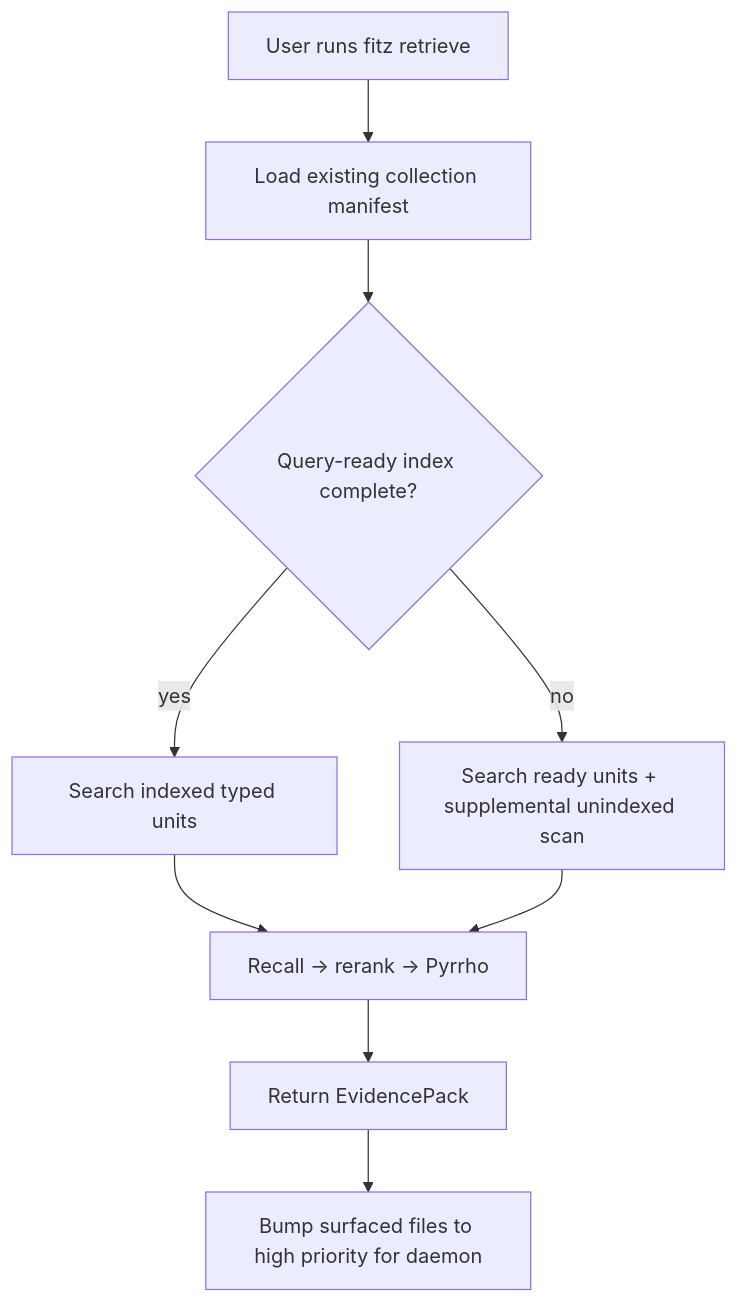
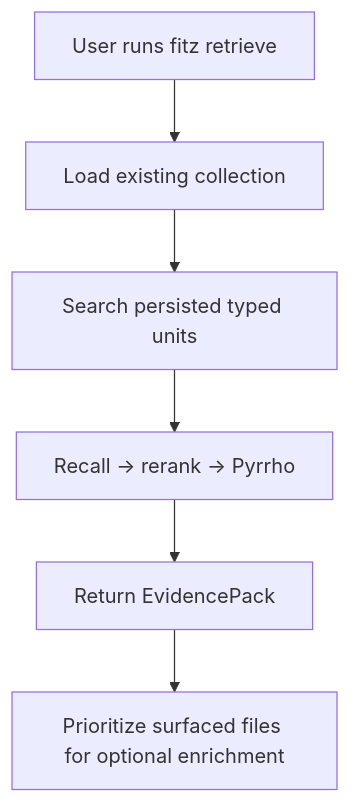
One commit to yafitzdev/fitz changed the second of 2 diagrams in docs/QUERY_UX.md. Above: the diagram before and after it, drawn with Mermaid. The commit also changed other lines of this file and 23 other files, not shown here.

````diff
--- a/docs/QUERY_UX.md
+++ b/docs/QUERY_UX.md
@@ -37,11 +33,8 @@
 ```mermaid
 flowchart TD
-    A["User runs fitz retrieve"] --> B["Load existing collection manifest"]
-    B --> C{"Query-ready index complete?"}
-    C -->|"yes"| D["Search indexed typed units"]
-    C -->|"no"| E["Search ready units + supplemental unindexed scan"]
-    D --> F["Recall -> rerank -> Pyrrho"]
-    E --> F
-    F --> G["Return EvidencePack"]
-    G --> H["Bump surfaced files to high priority for daemon"]
+    A["User runs fitz retrieve"] --> B["Load existing collection"]
+    B --> C["Search persisted typed units"]
+    C --> D["Recall -> rerank -> Pyrrho"]
+    D --> E["Return EvidencePack"]
+    E --> F["Prioritize surfaced files for optional enrichment"]
 ```
````
